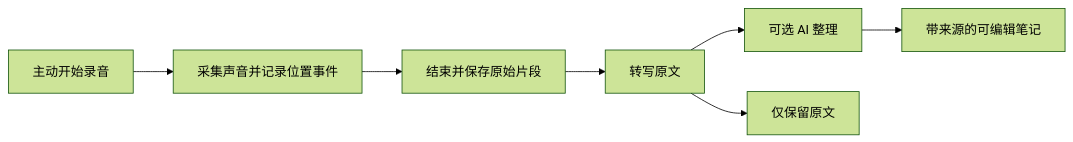
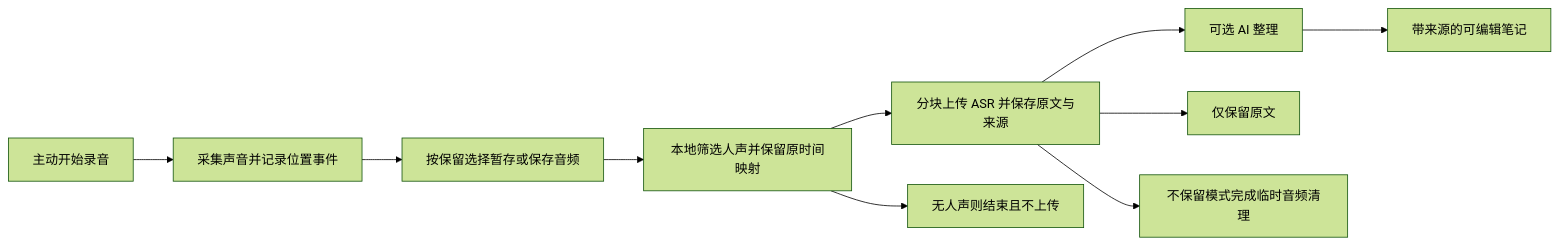
Before and after one commit to chialecode/manga: the diagram in docs/design/interaction-and-workflows.md, drawn with Mermaid (forest theme). The commit also changed other lines of this file and 233 other files, not shown here.

````diff
--- a/docs/design/interaction-and-workflows.md
+++ b/docs/design/interaction-and-workflows.md
@@ -159,9 +163,12 @@
 ```mermaid
 flowchart LR
     A[主动开始录音] --> B[采集声音并记录位置事件]
-    B --> C[结束并保存原始片段]
-    C --> D[转写原文]
+    B --> C[按保留选择暂存或保存音频]
+    C --> H[本地筛选人声并保留原时间映射]
+    H --> D[分块上传 ASR 并保存原文与来源]
+    H --> I[无人声则结束且不上传]
     D --> E[可选 AI 整理]
     E --> F[带来源的可编辑笔记]
     D --> G[仅保留原文]
+    D --> J[不保留模式完成临时音频清理]
 ```
````
